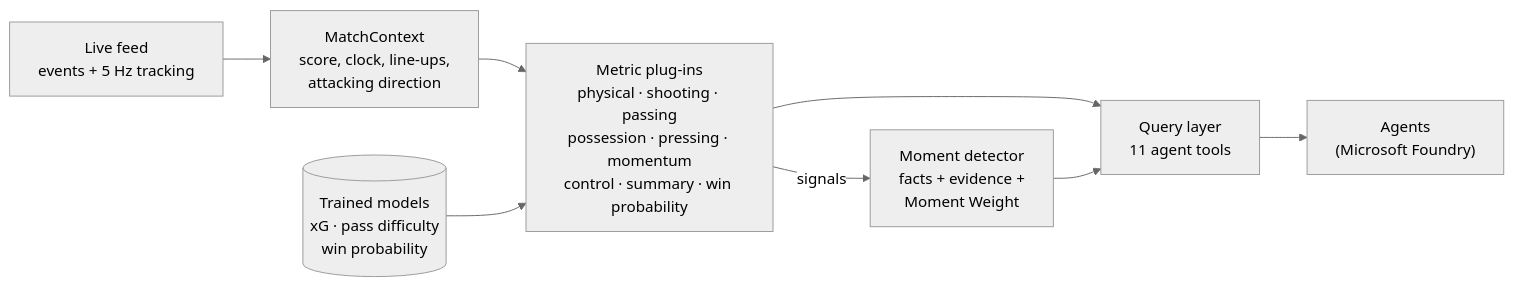
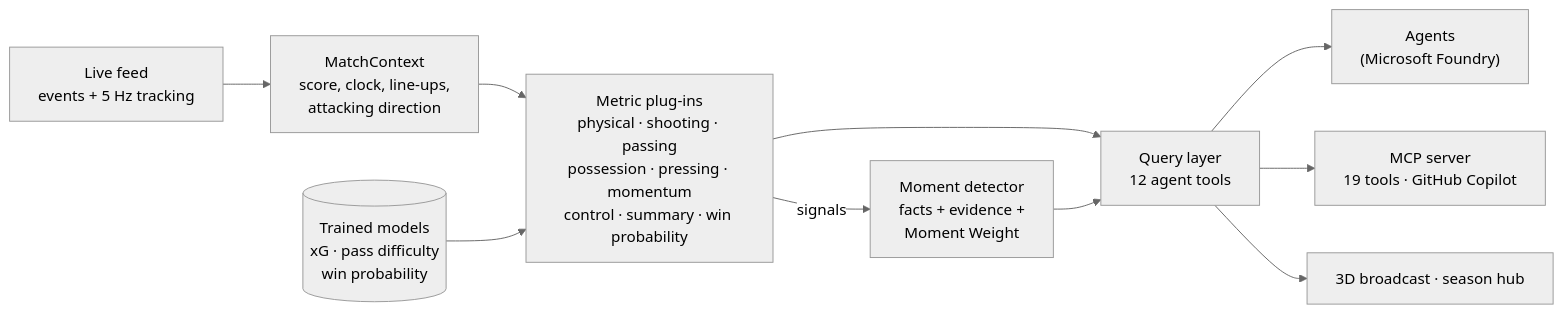
One commit to rjlopez8-rgb/match-intelligence changed the diagram in stats/README.md. Above: the diagram before and after it, drawn with Mermaid (neutral theme). The commit also changed other lines of this file and 4 other files, not shown here.

````diff
--- a/stats/README.md
+++ b/stats/README.md
@@ -7,10 +10,12 @@
 ```mermaid
 flowchart LR
     F["Live feed<br/>events + 5 Hz tracking"] --> C["MatchContext<br/>score, clock, line-ups,<br/>attacking direction"]
     C --> M["Metric plug-ins<br/>physical · shooting · passing<br/>possession · pressing · momentum<br/>control · summary · win probability"]
     W[("Trained models<br/>xG · pass difficulty<br/>win probability")] --> M
     M -- signals --> D["Moment detector<br/>facts + evidence +<br/>Moment Weight"]
-    M --> Q["Query layer<br/>11 agent tools"]
+    M --> Q["Query layer<br/>12 agent tools"]
     D --> Q
     Q --> A["Agents<br/>(Microsoft Foundry)"]
+    Q --> X["MCP server<br/>19 tools · GitHub Copilot"]
+    Q --> V["3D broadcast · season hub"]
 ```
````
